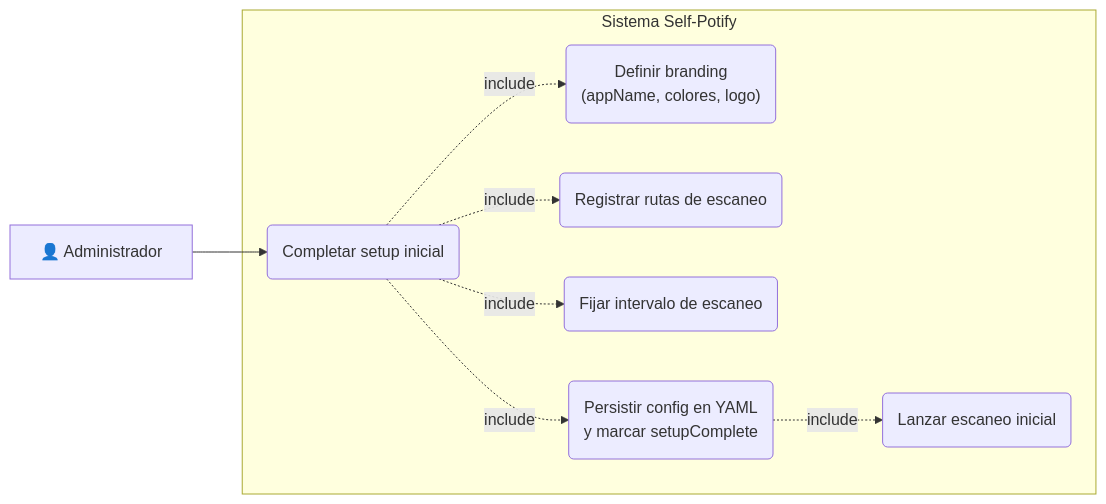
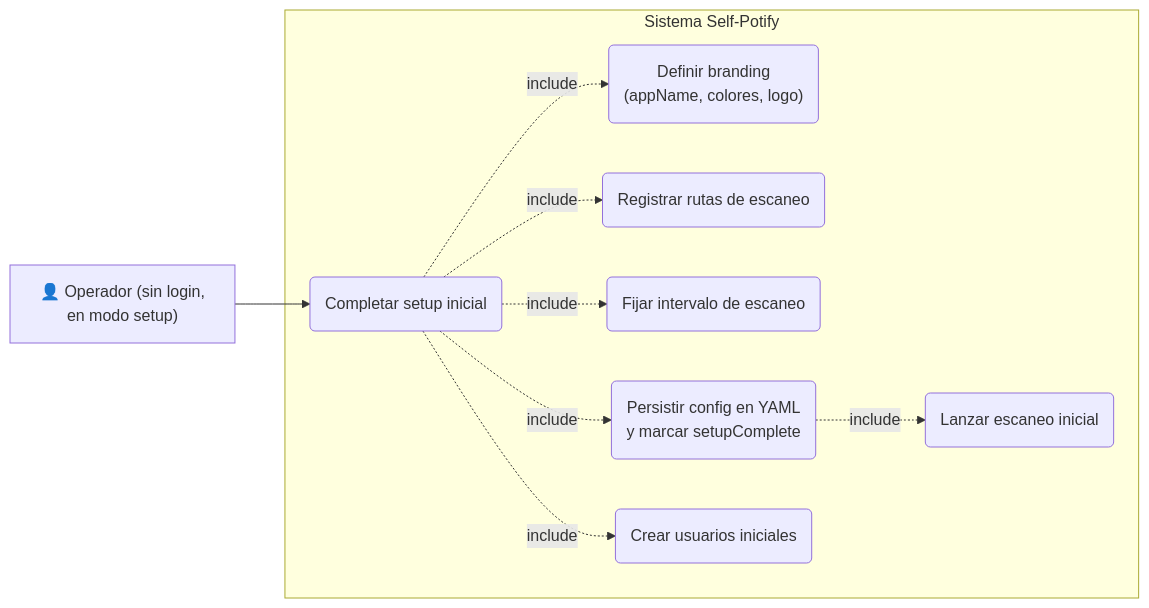
The tenth of 12 diagrams in README.md (conguchu/selfpotify), drawn with Mermaid before and after one commit. The commit also changed other lines of this file and 17 other files, not shown here.

First line of the commit message:
(feat) wizard web de setup inicial sin login: redireccion global mientras setupComplete=false, branding/colores/logo, biblioteca, usuarios y auto-bloqueo al completar

````diff
--- a/README.md
+++ b/README.md
@@ -346,20 +346,22 @@
 ```mermaid
 graph LR
-    Admin["👤 Administrador"]
+    Admin["👤 Operador (sin login,<br/>en modo setup)"]
 
     subgraph Sistema Self-Potify
         UC6("Completar setup inicial")
         UC6a("Definir branding<br/>(appName, colores, logo)")
         UC6b("Registrar rutas de escaneo")
         UC6c("Fijar intervalo de escaneo")
         UC6d("Persistir config en YAML<br/>y marcar setupComplete")
         UC6e("Lanzar escaneo inicial")
+        UC6f("Crear usuarios iniciales")
     end
 
     Admin --> UC6
     UC6 -.->|include| UC6a
     UC6 -.->|include| UC6b
     UC6 -.->|include| UC6c
+    UC6 -.->|include| UC6f
     UC6 -.->|include| UC6d
     UC6d -.->|include| UC6e
 ```
````
